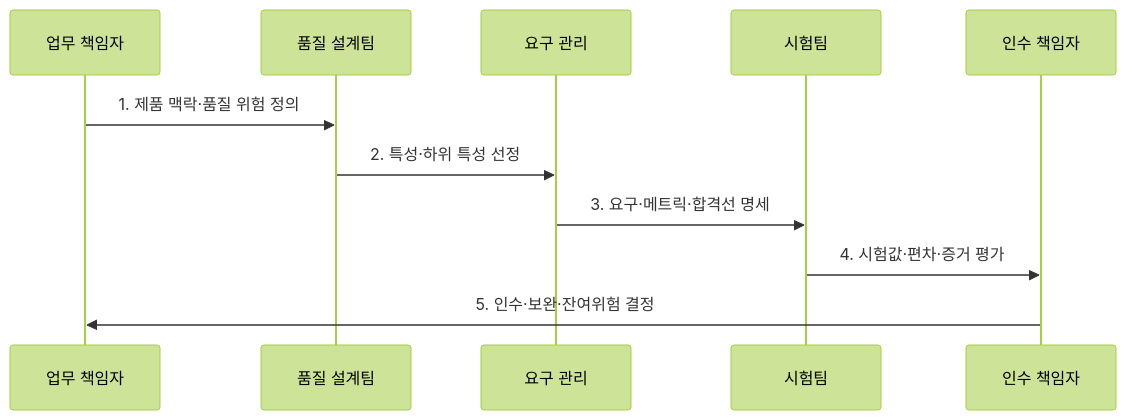
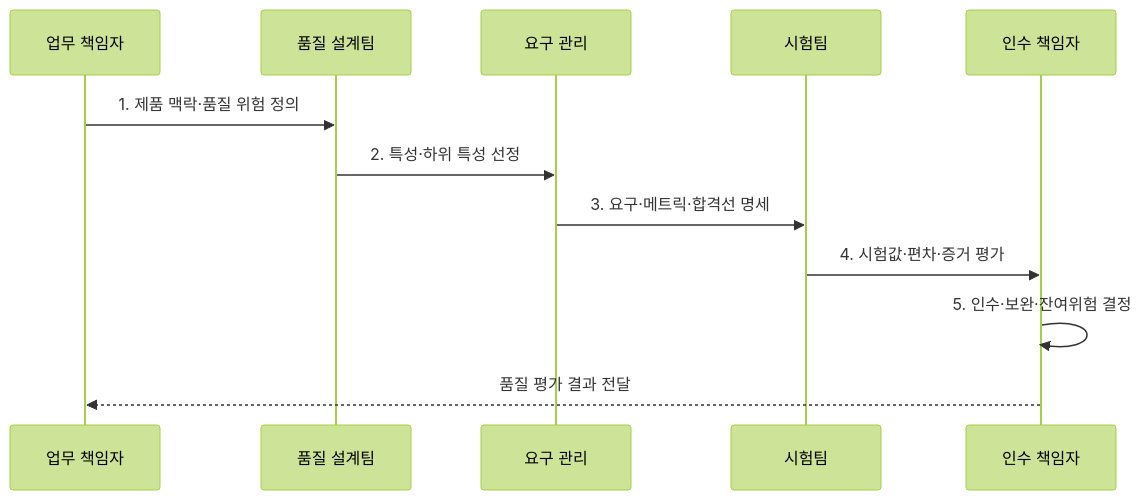
The second of 2 diagrams in src/content/docs/notes/06-evaluation/029_iso_25010.md (agnusdei1207/knowledge-base), drawn with Mermaid (forest theme) before and after one commit. The commit also changed other lines of this file and 20 other files, not shown here.

````diff
--- a/src/content/docs/notes/06-evaluation/029_iso_25010.md
+++ b/src/content/docs/notes/06-evaluation/029_iso_25010.md
@@ -89,13 +90,14 @@
 ```mermaid
 sequenceDiagram
   participant B as 업무 책임자
   participant Q as 품질 설계팀
   participant R as 요구 관리
   participant T as 시험팀
   participant A as 인수 책임자
   B->>Q: 1. 제품 맥락·품질 위험 정의
   Q->>R: 2. 특성·하위 특성 선정
   R->>T: 3. 요구·메트릭·합격선 명세
   T->>A: 4. 시험값·편차·증거 평가
-  A->>B: 5. 인수·보완·잔여위험 결정
+  A->>A: 5. 인수·보완·잔여위험 결정
+  A-->>B: 품질 평가 결과 전달
 ```
````
